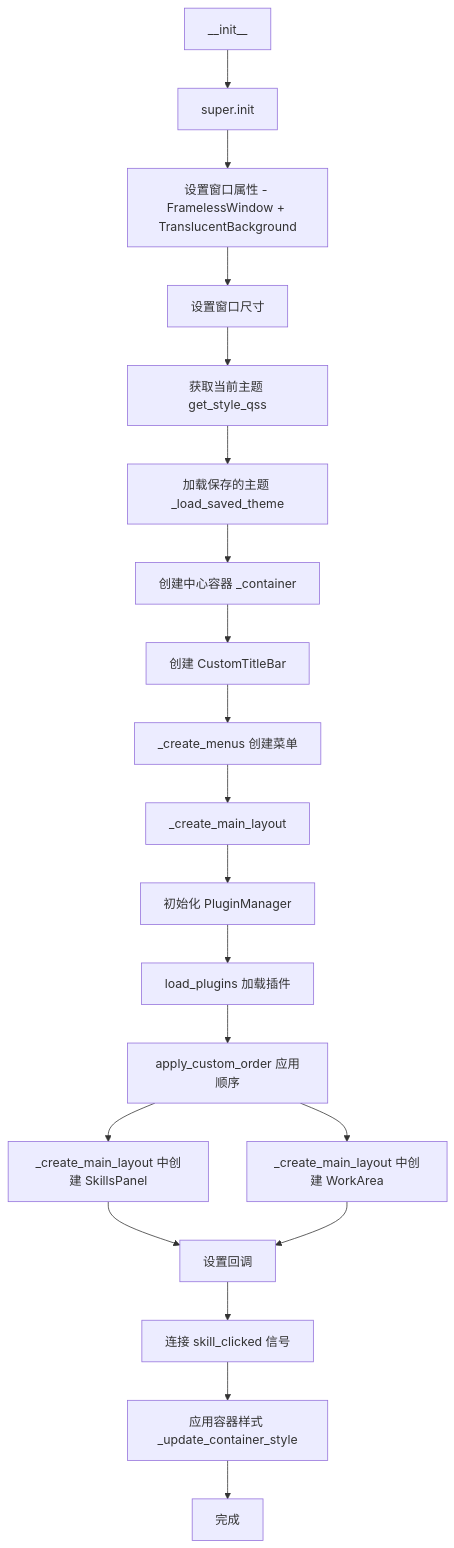
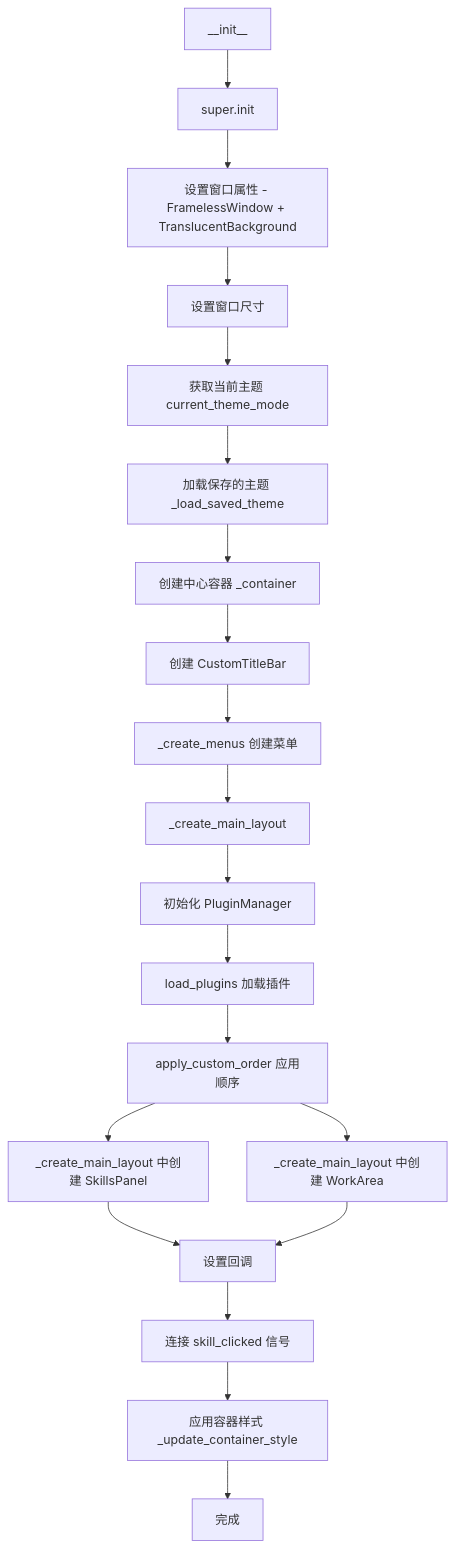
Before and after one commit to KKPIP-Tech/InstructionX: the third of 5 diagrams in docs/ui/main-window.md, drawn with Mermaid. The commit also changed other lines of this file and 13 other files, not shown here.

Commit message:
docs: 主题系统文档同步至 UIKit 架构：新增 docs/utils/uikit-theme.md（删除 style-qss.md），AGENTS.md 与 8 篇架构/UI 文档的 StyleQSS 引用全量更新为 uikit_bootstrap/uikit_theme/T() 令牌体系，usage_panel docstring 同步

````diff
--- a/docs/ui/main-window.md
+++ b/docs/ui/main-window.md
@@ -198,24 +198,24 @@
 ```mermaid
 flowchart TD
     A[__init__] --> B[super.init]
     B --> C[设置窗口属性 - FramelessWindow + TranslucentBackground]
     C --> D[设置窗口尺寸]
-    D --> E[获取当前主题 get_style_qss]
+    D --> E[获取当前主题 current_theme_mode]
     E --> F[加载保存的主题 _load_saved_theme]
     F --> G[创建中心容器 _container]
     G --> H[创建 CustomTitleBar]
     H --> I[_create_menus 创建菜单]
     I --> J[_create_main_layout]
 
     J --> K[初始化 PluginManager]
     K --> L[load_plugins 加载插件]
     L --> M[apply_custom_order 应用顺序]
 
     M --> N[_create_main_layout 中创建 SkillsPanel]
     M --> O[_create_main_layout 中创建 WorkArea]
     N --> P[设置回调]
     O --> P
     P --> Q[连接 skill_clicked 信号]
     Q --> R[应用容器样式 _update_container_style]
     R --> S[完成]
 ```
````
